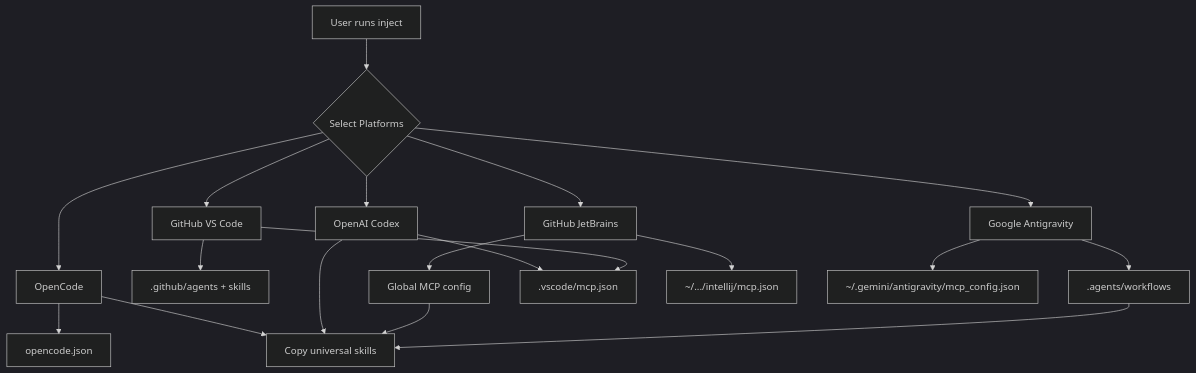
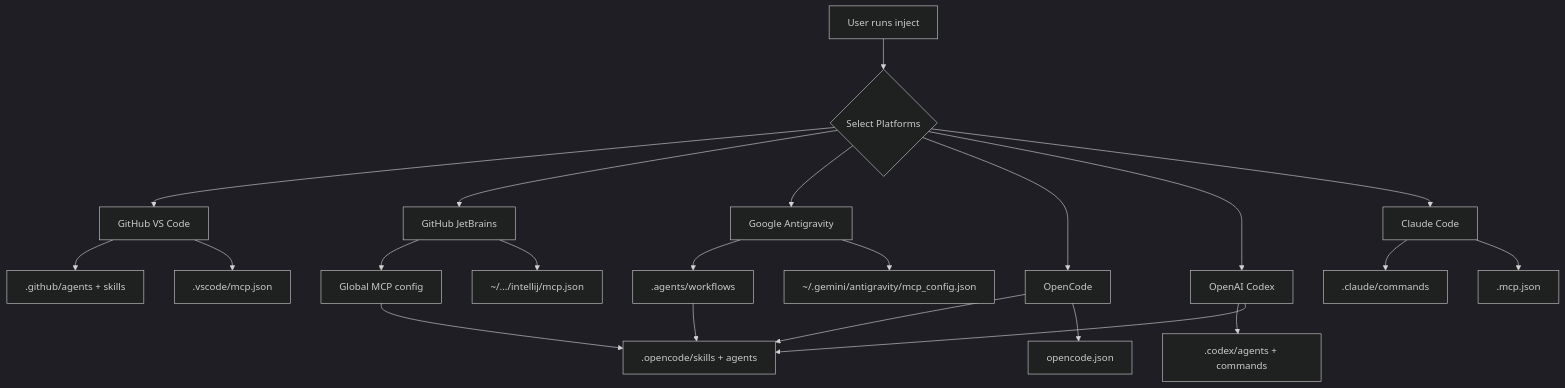
The sixth of 8 diagrams in ARCHITECTURE.md (lindoelio/spec-driven-steroids), drawn with Mermaid (dark theme) before and after one commit. The commit also changed other lines of this file and 83 other files, not shown here.

````diff
--- a/ARCHITECTURE.md
+++ b/ARCHITECTURE.md
@@ -188,24 +234,27 @@
 ```mermaid
 flowchart TD
     A[User runs inject] --> B{Select Platforms}
     B --> C[GitHub VS Code]
     B --> D[GitHub JetBrains]
     B --> E[Google Antigravity]
     B --> F[OpenCode]
     B --> G[OpenAI Codex]
+    B --> H[Claude Code]
 
-    C --> H[.github/agents + skills]
-    D --> I[Global MCP config]
-    E --> J[.agents/workflows]
-    F --> K[.opencode/skills + agents]
-    G --> L[.codex/agents + commands]
+    C --> I[.github/agents + skills]
+    D --> J[Global MCP config]
+    E --> K[.agents/workflows]
+    F --> L[.opencode/skills + agents]
+    G --> M[.codex/agents + commands]
+    H --> N[.claude/commands]
 
-    G --> K[Copy universal skills]
-    I --> K
-    J --> K
+    G --> L
+    J --> L
+    K --> L
 
-    C --> L[.vscode/mcp.json]
-    D --> M[~/.../intellij/mcp.json]
-    E --> N[~/.gemini/antigravity/mcp_config.json]
-    F --> O[opencode.json]
+    C --> O[.vscode/mcp.json]
+    D --> P[~/.../intellij/mcp.json]
+    E --> Q[~/.gemini/antigravity/mcp_config.json]
+    F --> R[opencode.json]
+    H --> S[.mcp.json]
 ```
````
